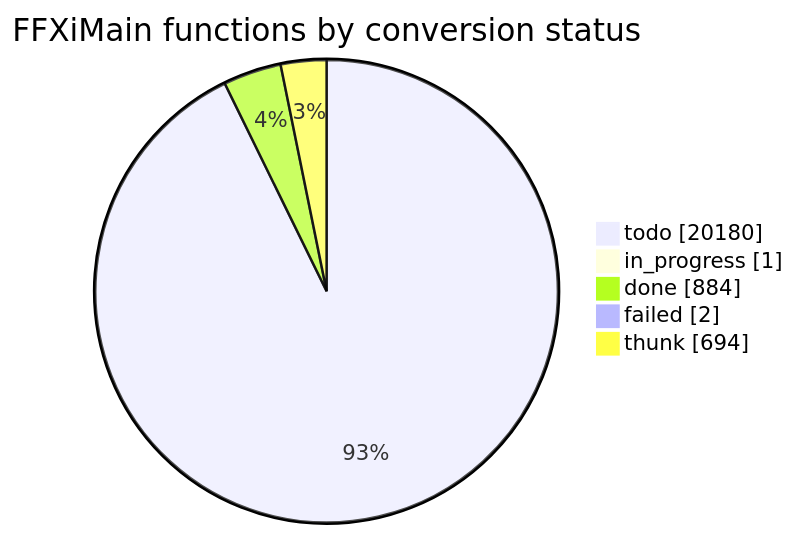
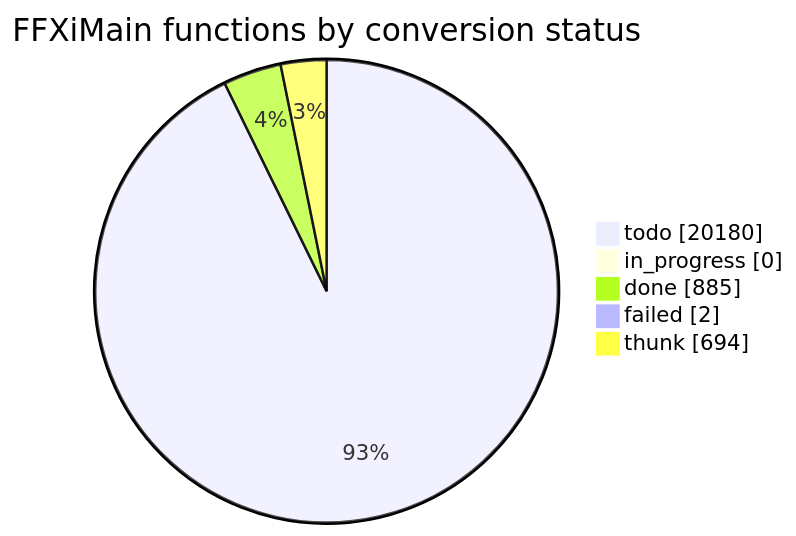
Before and after one commit to cowrevenge/cow_kuluu_xi_anything: the diagram in docs/cow/STATUS.md, drawn with Mermaid. The commit also changed other lines of this file and 9 other files, not shown here.

````diff
--- a/docs/cow/STATUS.md
+++ b/docs/cow/STATUS.md
@@ -18,9 +18,9 @@
 ```mermaid
 pie showData
     title FFXiMain functions by conversion status
     "todo" : 20180
-    "in_progress" : 1
-    "done" : 884
+    "in_progress" : 0
+    "done" : 885
     "failed" : 2
     "thunk" : 694
 ```
````
